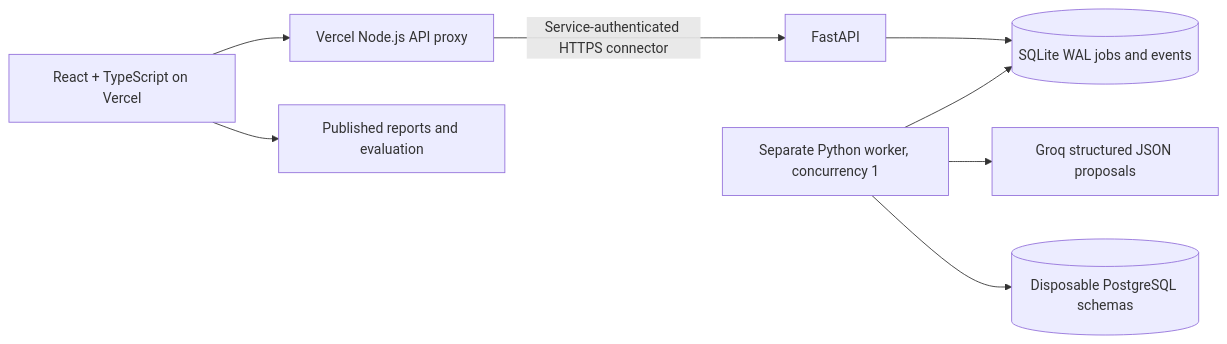
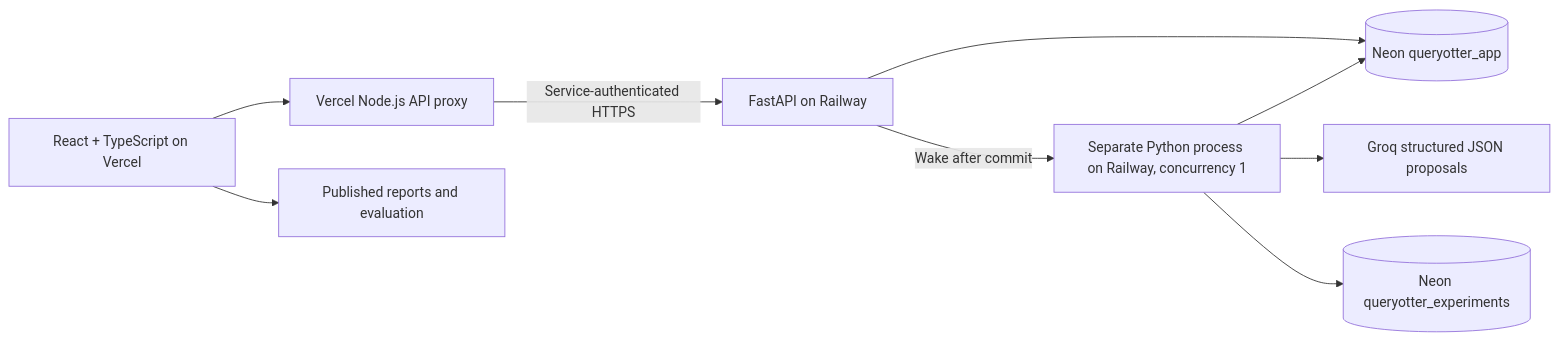
One commit to wauul/queryotter changed the diagram in README.md. Above: the diagram before and after it, drawn with Mermaid. The commit also changed other lines of this file and 3 other files, not shown here.

Commit message:
Document prepared Neon and Railway deployment and cloud verification

````diff
--- a/README.md
+++ b/README.md
@@ -52,10 +54,11 @@
 ```mermaid
 flowchart LR
   UI[React + TypeScript on Vercel] --> Edge[Vercel Node.js API proxy]
-  Edge -->|Service-authenticated HTTPS connector| API[FastAPI]
-  API --> Jobs[(SQLite WAL jobs and events)]
-  Worker[Separate Python worker, concurrency 1] --> Jobs
+  Edge -->|Service-authenticated HTTPS| API[FastAPI on Railway]
+  API --> Jobs[(Neon queryotter_app)]
+  API -->|Wake after commit| Worker[Separate Python process on Railway, concurrency 1]
+  Worker --> Jobs
   Worker --> Groq[Groq structured JSON proposals]
-  Worker --> PG[(Disposable PostgreSQL schemas)]
+  Worker --> PG[(Neon queryotter_experiments)]
   UI --> Reports[Published reports and evaluation]
 ```
````
